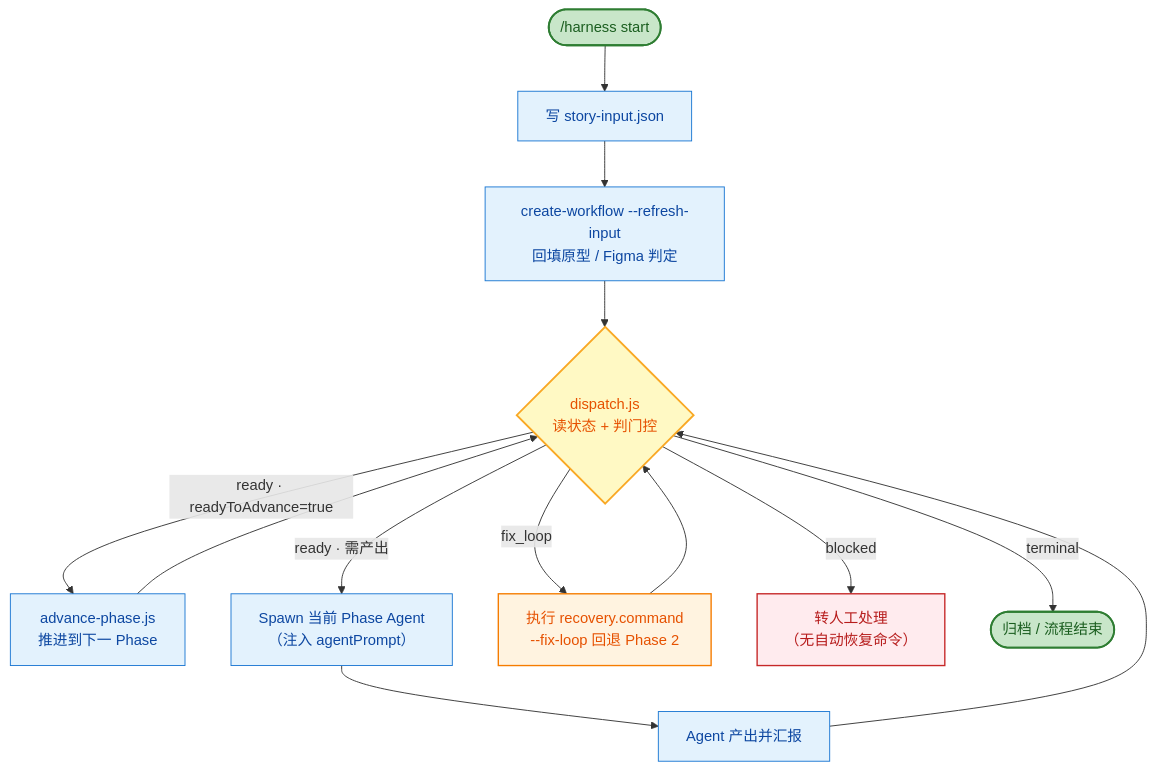
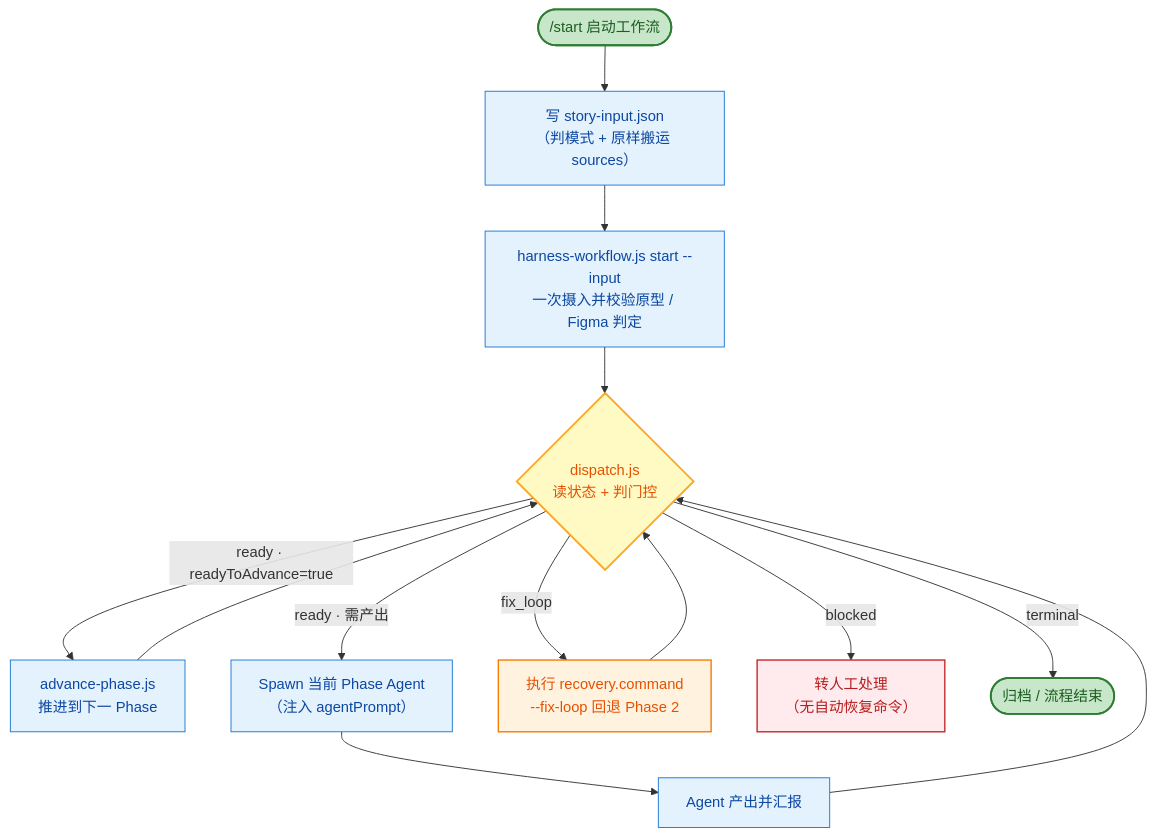
The second of 2 diagrams in README.md (JayCJP/harnessflow), drawn with Mermaid before and after one commit. The commit also changed other lines of this file, not shown here.

````diff
--- a/README.md
+++ b/README.md
@@ -94,43 +96,43 @@
 ```mermaid
 flowchart TD
-    Start(["/harness start"])
-    Input["写 story-input.json"]
-    Refresh["create-workflow --refresh-input<br/>回填原型 / Figma 判定"]
+    Start(["/start 启动工作流"])
+    Input["写 story-input.json<br/>（判模式 + 原样搬运 sources）"]
+    Refresh["harness-workflow.js start --input<br/>一次摄入并校验原型 / Figma 判定"]
     Dispatch{"dispatch.js<br/>读状态 + 判门控"}
 
     Advance["advance-phase.js<br/>推进到下一 Phase"]
     Spawn["Spawn 当前 Phase Agent<br/>（注入 agentPrompt）"]
     Report["Agent 产出并汇报"]
     FixLoop["执行 recovery.command<br/>--fix-loop 回退 Phase 2"]
     Manual["转人工处理<br/>（无自动恢复命令）"]
     End(["归档 / 流程结束"])
 
     Start --> Input
     Input --> Refresh
     Refresh --> Dispatch
 
     Dispatch -->|"ready · readyToAdvance=true"| Advance
     Advance --> Dispatch
 
     Dispatch -->|"ready · 需产出"| Spawn
     Spawn --> Report
     Report --> Dispatch
 
     Dispatch -->|"fix_loop"| FixLoop
     FixLoop --> Dispatch
 
     Dispatch -->|"blocked"| Manual
     Dispatch -->|"terminal"| End
 
     classDef startEnd fill:#c8e6c9,stroke:#2e7d32,color:#1b5e20,stroke-width:2px
     classDef action fill:#e3f2fd,stroke:#1976d2,color:#0d47a1
     classDef decision fill:#fff9c4,stroke:#f9a825,color:#e65100,stroke-width:2px
     classDef fixloop fill:#fff3e0,stroke:#f57c00,color:#e65100,stroke-width:1.5px
     classDef manual fill:#ffebee,stroke:#c62828,color:#b71c1c,stroke-width:1.5px
 
     class Start,End startEnd
     class Input,Refresh,Advance,Spawn,Report action
     class Dispatch decision
     class FixLoop fixloop
     class Manual manual
 ```
````
